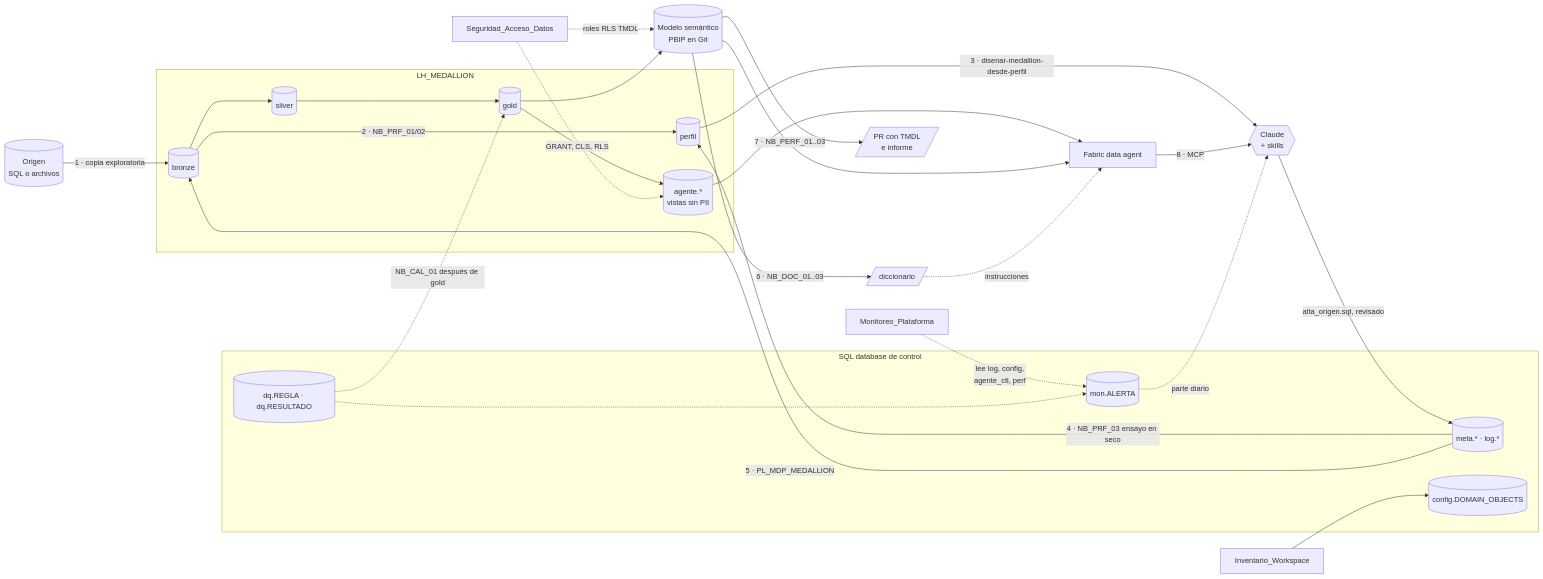
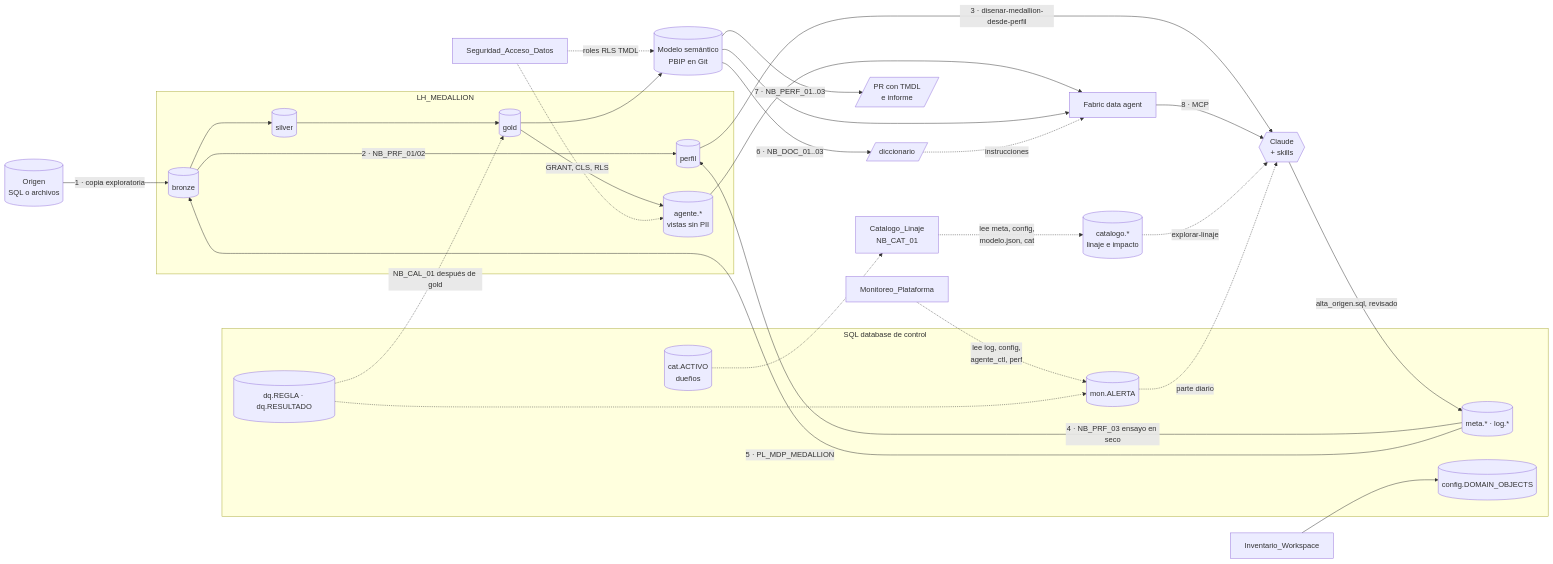
The diagram in README.md (estebanotero/BIA), drawn with Mermaid before and after one commit. The commit also changed other lines of this file and 12 other files, not shown here.

````diff
--- a/README.md
+++ b/README.md
@@ -43,44 +44,48 @@
 ```mermaid
 flowchart LR
     SRC[(Origen<br/>SQL o archivos)]
 
     subgraph CTRL[SQL database de control]
         META[(meta.* · log.*)]
         CFG[(config.DOMAIN_OBJECTS)]
         MON[(mon.ALERTA)]
         DQ[(dq.REGLA · dq.RESULTADO)]
+        CATA[(cat.ACTIVO<br/>dueños)]
     end
 
     subgraph LH[LH_MEDALLION]
         B[(bronze)]
         P[(perfil)]
         S[(silver)]
         G[(gold)]
         V[(agente.*<br/>vistas sin PII)]
     end
 
     SM[(Modelo semántico<br/>PBIP en Git)]
     FDA[Fabric data agent]
     CL{{Claude<br/>+ skills}}
 
     INV[Inventario_Workspace] --> CFG
     SRC -->|1 · copia exploratoria| B
     B -->|2 · NB_PRF_01/02| P
     P -->|3 · disenar-medallion-desde-perfil| CL
     CL -->|alta_origen.sql, revisado| META
     META -->|4 · NB_PRF_03 ensayo en seco| P
     META -->|5 · PL_MDP_MEDALLION| B --> S --> G
     G --> SM
     SM -->|6 · NB_DOC_01..03| DIC[/diccionario/]
     SM -->|7 · NB_PERF_01..03| PR[/PR con TMDL<br/>e informe/]
     G --> V --> FDA
     SM --> FDA
     DIC -.->|instrucciones| FDA
     FDA -->|8 · MCP| CL
     MONI[Monitoreo_Plataforma] -.->|lee log, config,<br/>agente_ctl, perf| MON
     MON -.->|parte diario| CL
     SEG[Seguridad_Acceso_Datos] -.->|GRANT, CLS, RLS| V
     SEG -.->|roles RLS TMDL| SM
     DQ -.->|NB_CAL_01 después de gold| G
     DQ -.-> MON
+    CATL[Catalogo_Linaje<br/>NB_CAT_01] -.->|lee meta, config,<br/>modelo.json, cat| LIN[(catalogo.*<br/>linaje e impacto)]
+    CATA -.-> CATL
+    LIN -.->|explorar-linaje| CL
 ```
````
